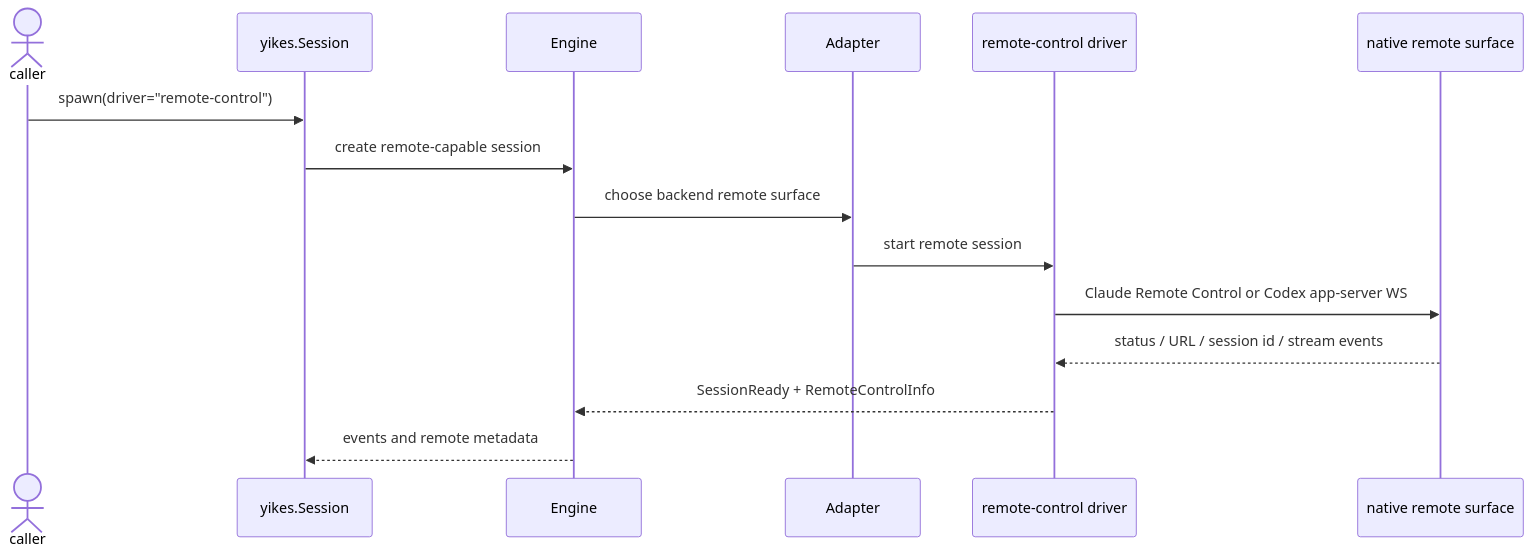
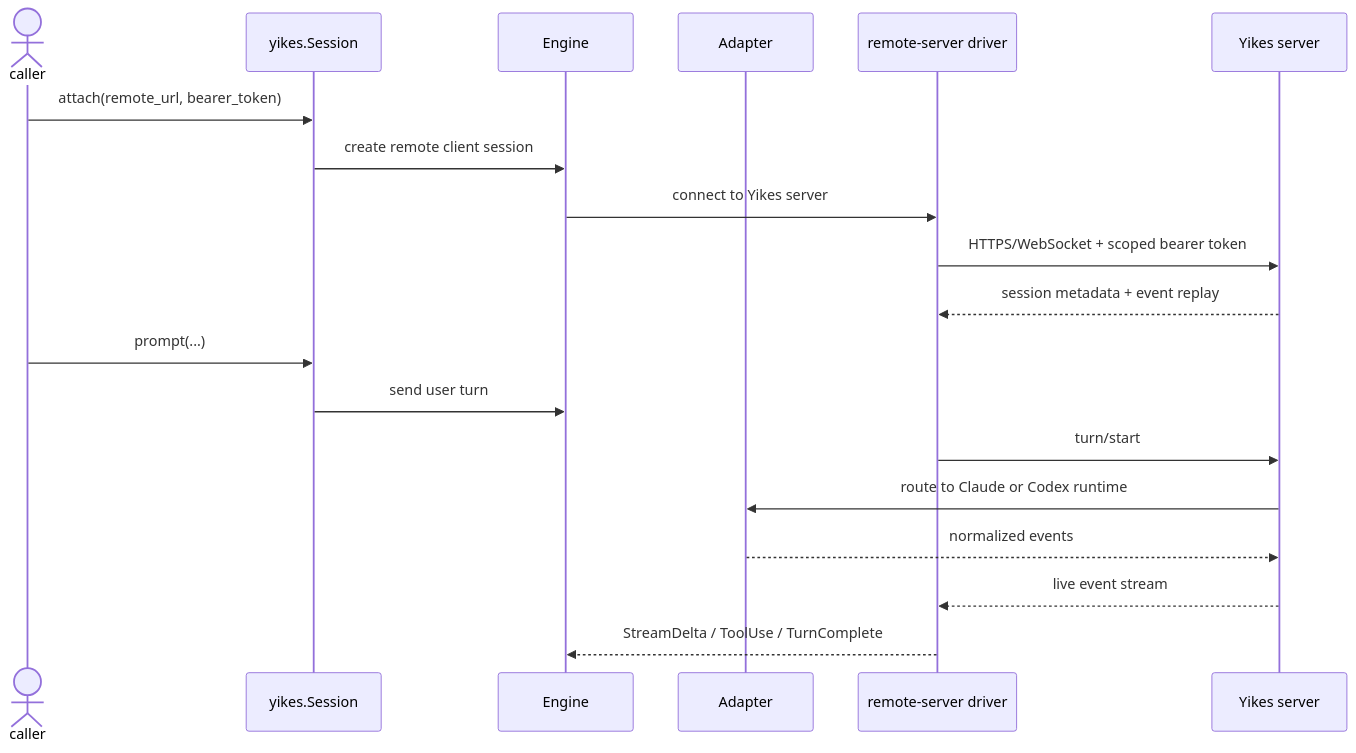
The fifth of 7 diagrams in docs/architecture.md (Alyxion/yikes), drawn with Mermaid before and after one commit. The commit also changed other lines of this file and 40 other files, not shown here.

````diff
--- a/docs/architecture.md
+++ b/docs/architecture.md
@@ -219,18 +228,22 @@
 ```mermaid
 sequenceDiagram
     actor caller
     participant lib as yikes.Session
     participant eng as Engine
     participant adp as Adapter
-    participant drv as remote-control driver
-    participant rc as native remote surface
+    participant drv as remote-server driver
+    participant srv as Yikes server
 
-    caller->>lib: spawn(driver="remote-control")
-    lib->>eng: create remote-capable session
-    eng->>adp: choose backend remote surface
-    adp->>drv: start remote session
-    drv->>rc: Claude Remote Control or Codex app-server WS
-    rc-->>drv: status / URL / session id / stream events
-    drv-->>eng: SessionReady + RemoteControlInfo
-    eng-->>lib: events and remote metadata
+    caller->>lib: attach(remote_url, bearer_token)
+    lib->>eng: create remote client session
+    eng->>drv: connect to Yikes server
+    drv->>srv: HTTPS/WebSocket + scoped bearer token
+    srv-->>drv: session metadata + event replay
+    caller->>lib: prompt(...)
+    lib->>eng: send user turn
+    drv->>srv: turn/start
+    srv->>adp: route to Claude or Codex runtime
+    adp-->>srv: normalized events
+    srv-->>drv: live event stream
+    drv-->>eng: StreamDelta / ToolUse / TurnComplete
 ```
````
